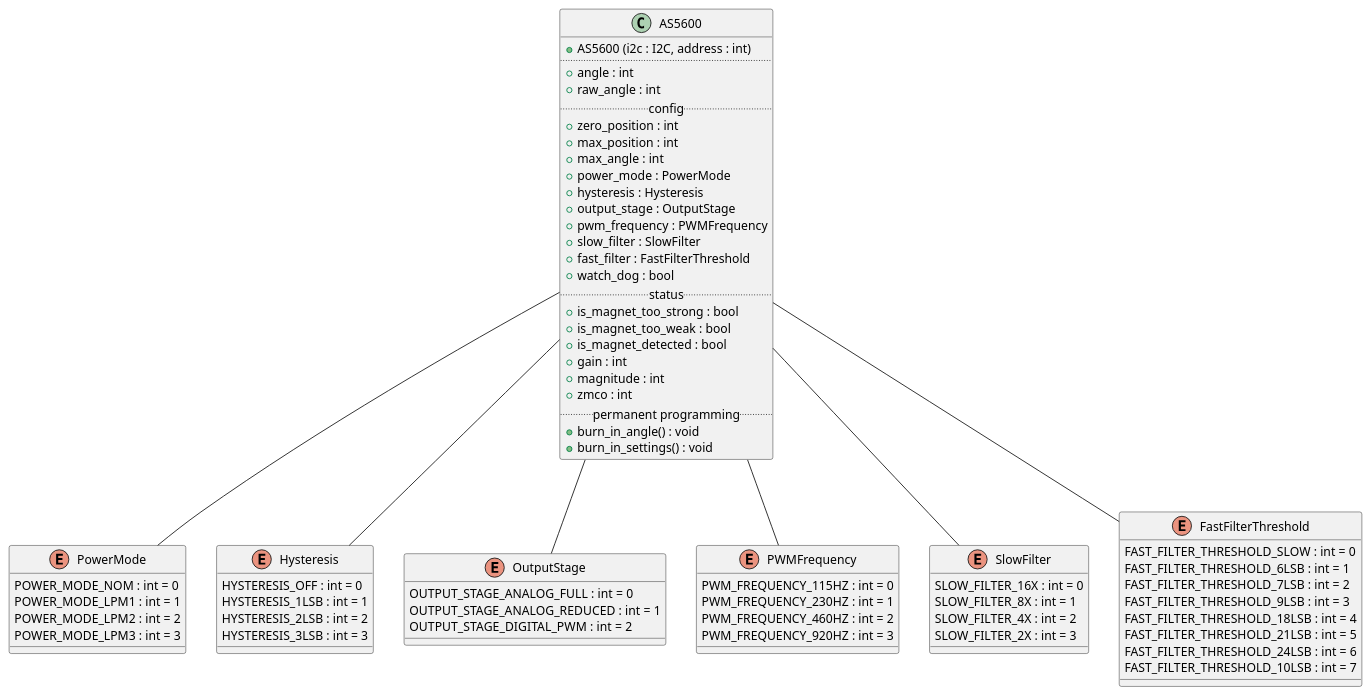
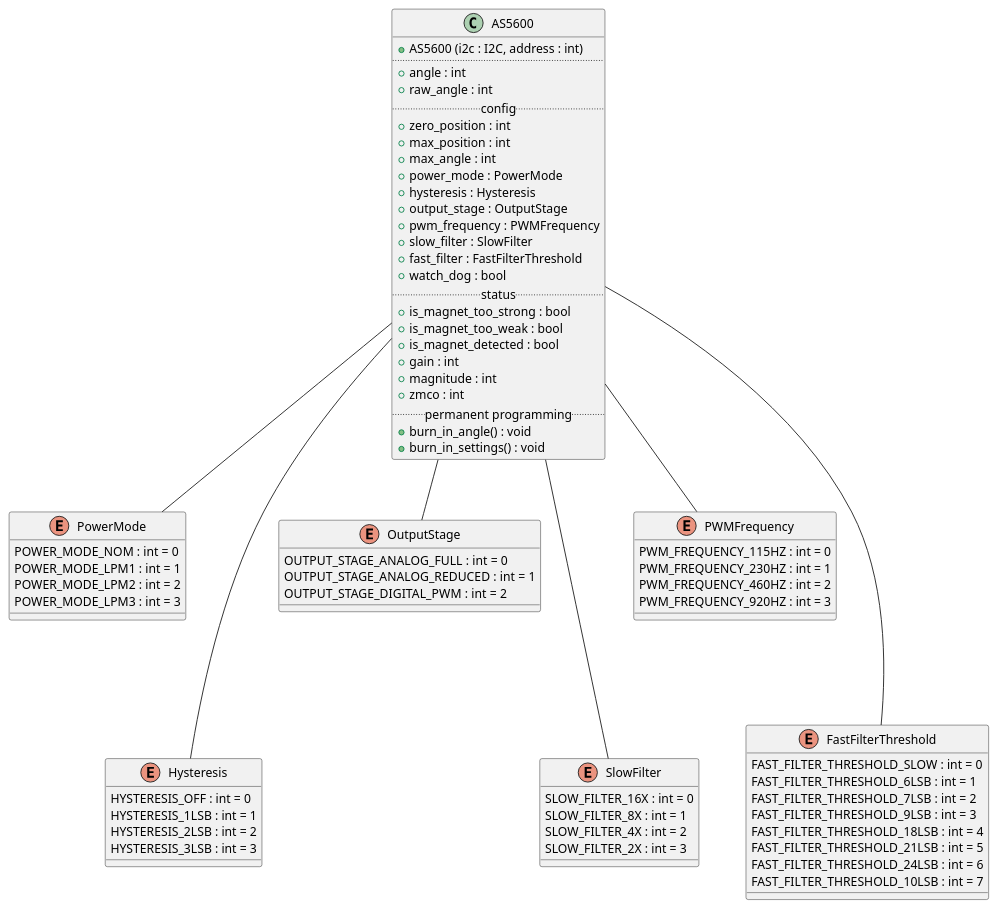
Before and after one commit to noelanderson/CircuitPython_AS5600: the diagram in uml/as5600.puml, drawn with PlantUML. The commit also changed 2 other files, not shown here.

Commit message:
UML updates

```diff
--- a/uml/as5600.puml
+++ b/uml/as5600.puml
@@ -4,81 +4,87 @@
 @startuml AS5600
+
 class AS5600 {
     + AS5600 (i2c : I2C, address : int)
     ..
     + {field} angle : int
     + {field} raw_angle : int
     .. config ..
     + {field} zero_position : int
     + {field} max_position : int
     + {field} max_angle : int
     + {field} power_mode : PowerMode
     + {field} hysteresis : Hysteresis
     + {field} output_stage : OutputStage
     + {field} pwm_frequency : PWMFrequency
     + {field} slow_filter : SlowFilter
     + {field} fast_filter : FastFilterThreshold
     + {field} watch_dog : bool {field}
     .. status ..
     + {field} is_magnet_too_strong : bool
     + {field} is_magnet_too_weak : bool
     + {field} is_magnet_detected : bool
     + {field} gain : int {field}
     + {field} magnitude : int
     + {field} zmco : int {field}
     .. permanent programming ..
     + {method} burn_in_angle() : void
     + {method} burn_in_settings() : void
 }
 
 enum PowerMode {
     POWER_MODE_NOM : int = 0
     POWER_MODE_LPM1 : int = 1
     POWER_MODE_LPM2 : int = 2
     POWER_MODE_LPM3 : int = 3
 }
 
 enum Hysteresis {
     HYSTERESIS_OFF : int = 0
     HYSTERESIS_1LSB : int = 1
     HYSTERESIS_2LSB : int = 2
     HYSTERESIS_3LSB : int = 3
 }
 
 enum OutputStage {
     OUTPUT_STAGE_ANALOG_FULL : int = 0
     OUTPUT_STAGE_ANALOG_REDUCED : int = 1
     OUTPUT_STAGE_DIGITAL_PWM : int = 2
 }
 
 enum PWMFrequency {
     PWM_FREQUENCY_115HZ : int = 0
     PWM_FREQUENCY_230HZ : int = 1
     PWM_FREQUENCY_460HZ : int = 2
     PWM_FREQUENCY_920HZ : int = 3
 }
 
 enum SlowFilter {
     SLOW_FILTER_16X : int = 0
     SLOW_FILTER_8X : int = 1
     SLOW_FILTER_4X : int = 2
     SLOW_FILTER_2X : int = 3
 }
 
 enum FastFilterThreshold {
     FAST_FILTER_THRESHOLD_SLOW : int = 0
     FAST_FILTER_THRESHOLD_6LSB : int = 1
     FAST_FILTER_THRESHOLD_7LSB : int = 2
     FAST_FILTER_THRESHOLD_9LSB : int = 3
     FAST_FILTER_THRESHOLD_18LSB : int = 4
     FAST_FILTER_THRESHOLD_21LSB : int = 5
     FAST_FILTER_THRESHOLD_24LSB : int = 6
     FAST_FILTER_THRESHOLD_10LSB : int = 7
 }
 
+'force layout
+PWMFrequency-[hidden]--> SlowFilter
+PWMFrequency-[hidden]--> FastFilterThreshold
+PowerMode-[hidden]--> Hysteresis
+
 AS5600 -- PowerMode
 AS5600 -- Hysteresis
 AS5600 -- OutputStage
 AS5600 -- PWMFrequency
 AS5600 -- SlowFilter
 AS5600 -- FastFilterThreshold
 @enduml
```
